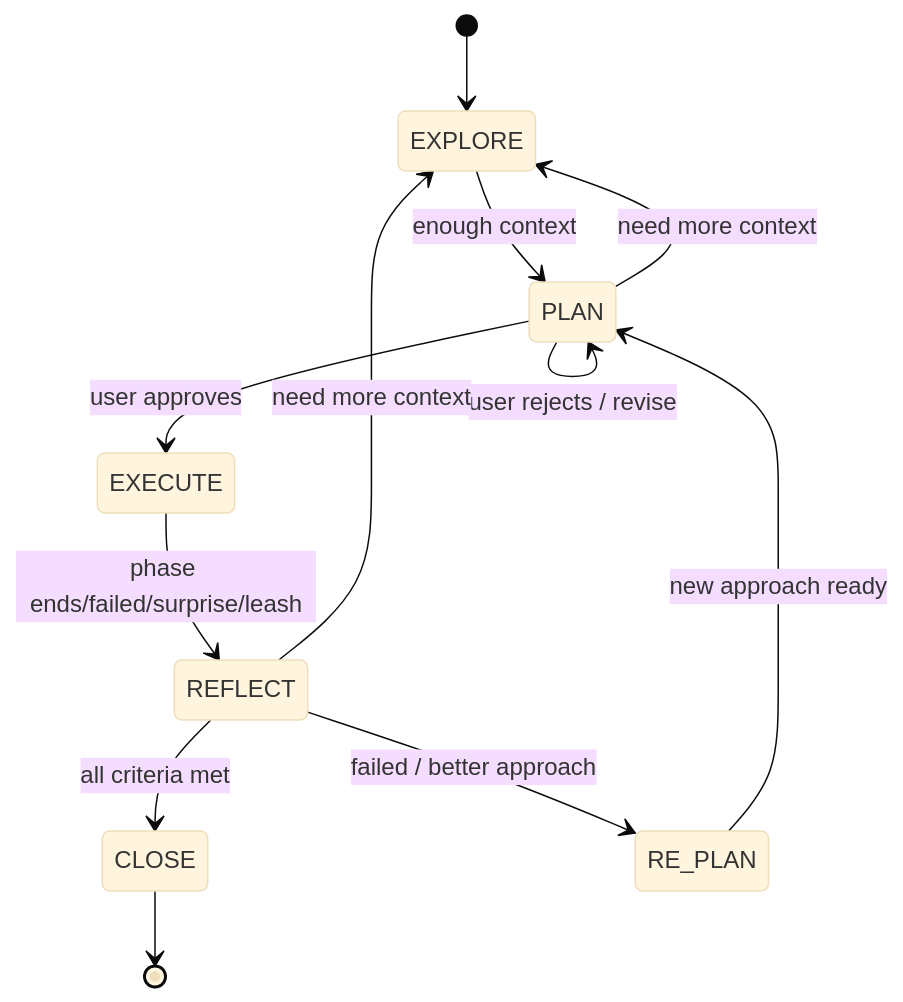
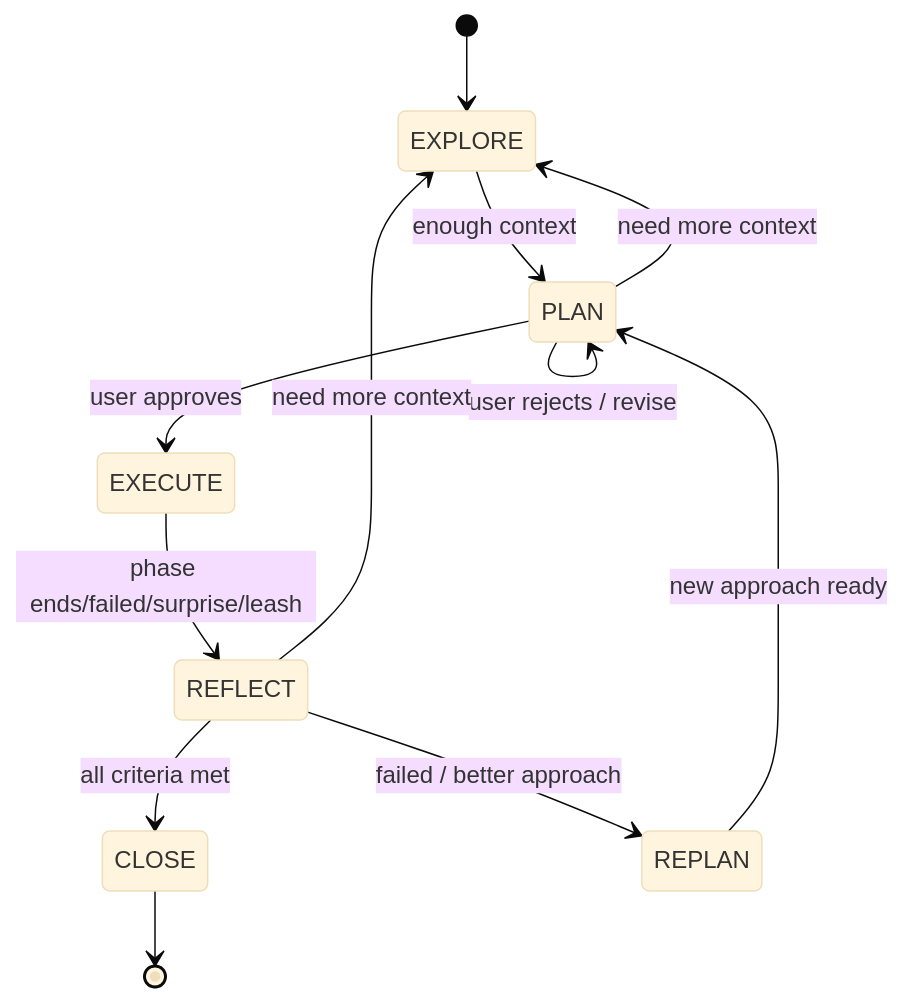
The diagram in src/SKILL.md (pellera9/iterative-planner), drawn with Mermaid (base theme) before and after one commit. The commit also changed other lines of this file and 9 other files, not shown here.

First line of the commit message:
Release v2.9.2: Normalize RE-PLAN/RE_PLAN/Re-plan to REPLAN across entire project

````diff
--- a/src/SKILL.md
+++ b/src/SKILL.md
@@ -20,14 +20,14 @@
 ```mermaid
 stateDiagram-v2
     [*] --> EXPLORE
     EXPLORE --> PLAN : enough context
     PLAN --> EXPLORE : need more context
     PLAN --> PLAN : user rejects / revise
     PLAN --> EXECUTE : user approves
     EXECUTE --> REFLECT : phase ends/failed/surprise/leash
     REFLECT --> CLOSE : all criteria met
-    REFLECT --> RE_PLAN : failed / better approach
+    REFLECT --> REPLAN : failed / better approach
     REFLECT --> EXPLORE : need more context
-    RE_PLAN --> PLAN : new approach ready
+    REPLAN --> PLAN : new approach ready
     CLOSE --> [*]
 ```
````
